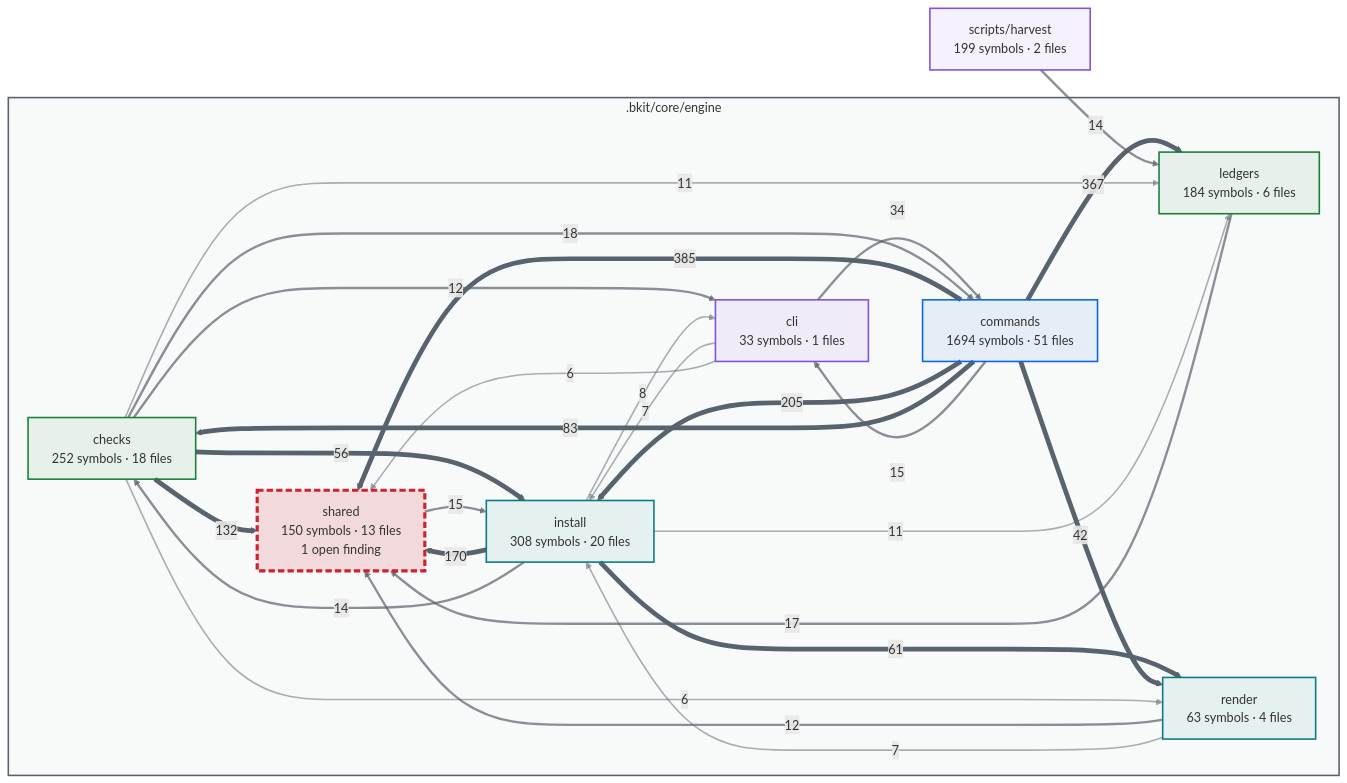
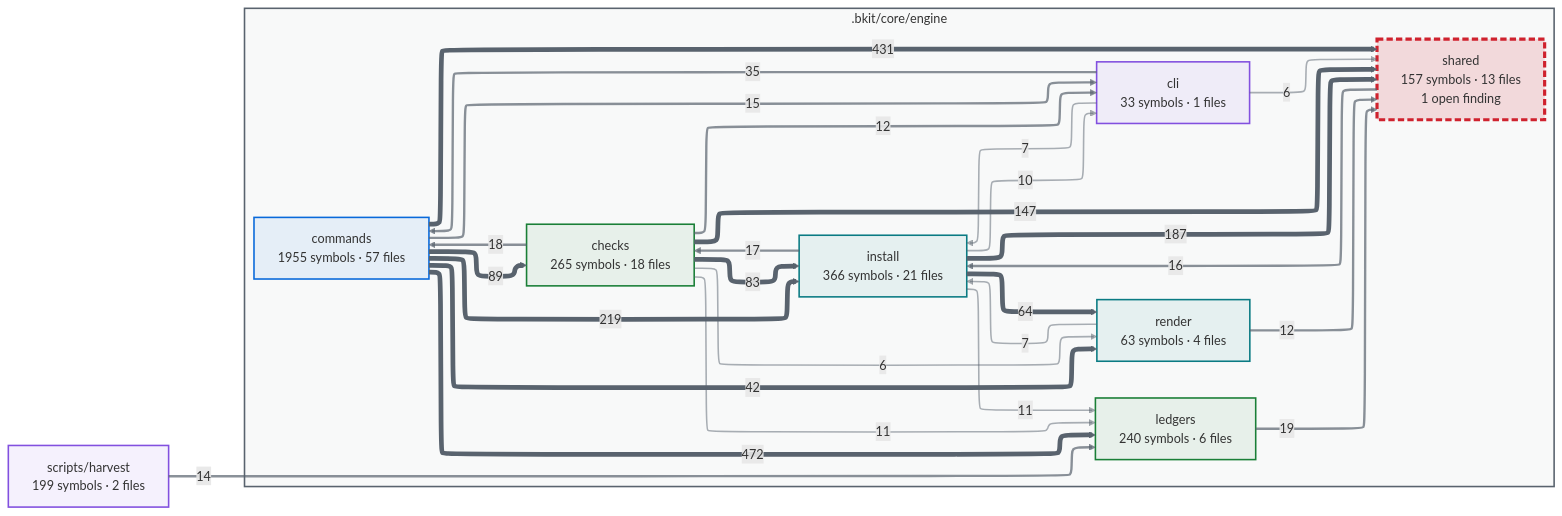
One commit to cbartens/bkit changed the first of 2 diagrams in docs/capabilities.md. Above: the diagram before and after it, drawn with Mermaid. The commit also changed other lines of this file and 3682 other files, not shown here.

````diff
--- a/docs/capabilities.md
+++ b/docs/capabilities.md
@@ -154,80 +116,80 @@
 ```mermaid
 ---
 config:
-  layout: dagre
+  layout: elk
   themeCSS: "marker { overflow: visible; } marker path { transform: scale(1.8); transform-origin: 5px 5px; }"
   flowchart:
     useMaxWidth: false
 ---
 flowchart LR
   %% Generated by bkit-graphify-rollup.py — do not edit
   subgraph gn_bkit_core_engine[".bkit/core/engine"]
-    n_bkit_core_engine_checks["checks<br/>252 symbols · 18 files"]
+    n_bkit_core_engine_checks["checks<br/>265 symbols · 18 files"]
     n_bkit_core_engine_cli["cli<br/>33 symbols · 1 files"]
-    n_bkit_core_engine_commands["commands<br/>1694 symbols · 51 files"]
-    n_bkit_core_engine_install["install<br/>308 symbols · 20 files"]
-    n_bkit_core_engine_ledgers["ledgers<br/>184 symbols · 6 files"]
+    n_bkit_core_engine_commands["commands<br/>1955 symbols · 57 files"]
+    n_bkit_core_engine_install["install<br/>366 symbols · 21 files"]
+    n_bkit_core_engine_ledgers["ledgers<br/>240 symbols · 6 files"]
     n_bkit_core_engine_render["render<br/>63 symbols · 4 files"]
-    n_bkit_core_engine_shared["shared<br/>150 symbols · 13 files<br/>1 open finding"]
+    n_bkit_core_engine_shared["shared<br/>157 symbols · 13 files<br/>1 open finding"]
   end
   nscripts_harvest["scripts/harvest<br/>199 symbols · 2 files"]
-  n_bkit_core_engine_commands -->|385| n_bkit_core_engine_shared
-  n_bkit_core_engine_commands -->|367| n_bkit_core_engine_ledgers
-  n_bkit_core_engine_commands -->|205| n_bkit_core_engine_install
-  n_bkit_core_engine_install -->|170| n_bkit_core_engine_shared
-  n_bkit_core_engine_checks -->|132| n_bkit_core_engine_shared
-  n_bkit_core_engine_commands -->|83| n_bkit_core_engine_checks
-  n_bkit_core_engine_install -->|61| n_bkit_core_engine_render
-  n_bkit_core_engine_checks -->|56| n_bkit_core_engine_install
+  n_bkit_core_engine_commands -->|472| n_bkit_core_engine_ledgers
+  n_bkit_core_engine_commands -->|431| n_bkit_core_engine_shared
+  n_bkit_core_engine_commands -->|219| n_bkit_core_engine_install
+  n_bkit_core_engine_install -->|187| n_bkit_core_engine_shared
+  n_bkit_core_engine_checks -->|147| n_bkit_core_engine_shared
+  n_bkit_core_engine_commands -->|89| n_bkit_core_engine_checks
+  n_bkit_core_engine_checks -->|83| n_bkit_core_engine_install
+  n_bkit_core_engine_install -->|64| n_bkit_core_engine_render
   n_bkit_core_engine_commands -->|42| n_bkit_core_engine_render
-  n_bkit_core_engine_cli -->|34| n_bkit_core_engine_commands
+  n_bkit_core_engine_cli -->|35| n_bkit_core_engine_commands
+  n_bkit_core_engine_ledgers -->|19| n_bkit_core_engine_shared
   n_bkit_core_engine_checks -->|18| n_bkit_core_engine_commands
-  n_bkit_core_engine_ledgers -->|17| n_bkit_core_engine_shared
-  n_bkit_core_engine_shared -->|15| n_bkit_core_engine_install
+  n_bkit_core_engine_install -->|17| n_bkit_core_engine_checks
+  n_bkit_core_engine_shared -->|16| n_bkit_core_engine_install
   n_bkit_core_engine_commands -->|15| n_bkit_core_engine_cli
-  n_bkit_core_engine_install -->|14| n_bkit_core_engine_checks
   nscripts_harvest -->|14| n_bkit_core_engine_ledgers
   n_bkit_core_engine_checks -->|12| n_bkit_core_engine_cli
   n_bkit_core_engine_render -->|12| n_bkit_core_engine_shared
   n_bkit_core_engine_checks -->|11| n_bkit_core_engine_ledgers
   n_bkit_core_engine_install -->|11| n_bkit_core_engine_ledgers
-  n_bkit_core_engine_install -->|8| n_bkit_core_engine_cli
+  n_bkit_core_engine_install -->|10| n_bkit_core_engine_cli
   n_bkit_core_engine_cli -->|7| n_bkit_core_engine_install
   n_bkit_core_engine_render -->|7| n_bkit_core_engine_install
   n_bkit_core_engine_checks -->|6| n_bkit_core_engine_render
   n_bkit_core_engine_cli -->|6| n_bkit_core_engine_shared
   style gn_bkit_core_engine fill:#59636e0a,stroke:#59636e,stroke-width:2px
   style n_bkit_core_engine_checks stroke:#1a7f37,stroke-width:2px,fill:#1a7f3714
   style n_bkit_core_engine_cli stroke:#8250df,stroke-width:2px,fill:#8250df14
   style n_bkit_core_engine_commands stroke:#0969da,stroke-width:2px,fill:#0969da14
   style n_bkit_core_engine_install stroke:#0a7b83,stroke-width:2px,fill:#0a7b8314
   style n_bkit_core_engine_ledgers stroke:#1a7f37,stroke-width:2px,fill:#1a7f3714
   style n_bkit_core_engine_render stroke:#0a7b83,stroke-width:2px,fill:#0a7b8314
   style n_bkit_core_engine_shared stroke:#cf222e,stroke-width:4px,stroke-dasharray:8 4,fill:#cf222e26
   style nscripts_harvest stroke:#8250df,stroke-width:2px,fill:#8250df14
   linkStyle 0 stroke:#59636e,stroke-width:6px
   linkStyle 1 stroke:#59636e,stroke-width:6px
   linkStyle 2 stroke:#59636e,stroke-width:6px
   linkStyle 3 stroke:#59636e,stroke-width:6px
   linkStyle 4 stroke:#59636e,stroke-width:6px
   linkStyle 5 stroke:#59636e,stroke-width:6px
   linkStyle 6 stroke:#59636e,stroke-width:6px
   linkStyle 7 stroke:#59636e,stroke-width:6px
   linkStyle 8 stroke:#59636e,stroke-width:6px
   linkStyle 9 stroke:#59636eb3,stroke-width:3px
   linkStyle 10 stroke:#59636eb3,stroke-width:3px
   linkStyle 11 stroke:#59636eb3,stroke-width:3px
   linkStyle 12 stroke:#59636eb3,stroke-width:3px
   linkStyle 13 stroke:#59636eb3,stroke-width:3px
   linkStyle 14 stroke:#59636eb3,stroke-width:3px
   linkStyle 15 stroke:#59636eb3,stroke-width:3px
   linkStyle 16 stroke:#59636eb3,stroke-width:3px
   linkStyle 17 stroke:#59636eb3,stroke-width:3px
   linkStyle 18 stroke:#59636e80,stroke-width:2px
   linkStyle 19 stroke:#59636e80,stroke-width:2px
   linkStyle 20 stroke:#59636e80,stroke-width:2px
   linkStyle 21 stroke:#59636e80,stroke-width:2px
   linkStyle 22 stroke:#59636e80,stroke-width:2px
   linkStyle 23 stroke:#59636e80,stroke-width:2px
   linkStyle 24 stroke:#59636e80,stroke-width:2px
 ```
````
